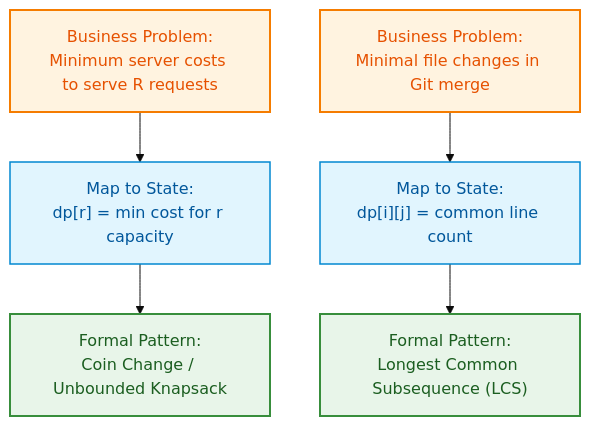
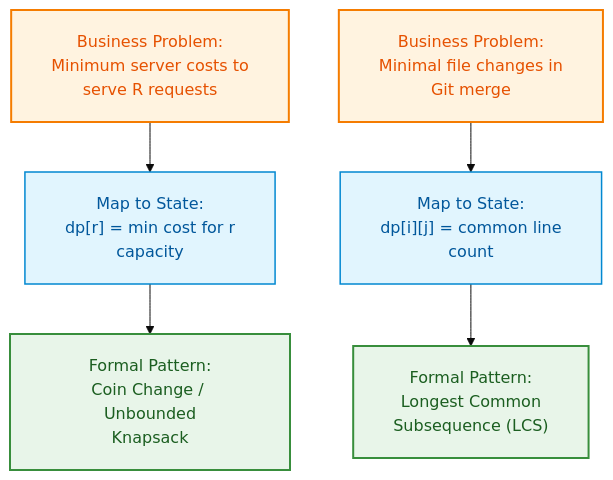
One commit to dip4k/DSA_102 changed the sixth of 6 diagrams in week_10_dynamic_programming_i_fundamentals/Week_10_Visual_Concepts_Playbook_HYBRID.md. Above: the diagram before and after it, drawn with Mermaid (base theme). The commit also changed other lines of this file and 108 other files, not shown here.

First line of the commit message:
fix(mermaid): resolve diagram clipping, padding, and syntax issues across repo

````diff
--- a/week_10_dynamic_programming_i_fundamentals/Week_10_Visual_Concepts_Playbook_HYBRID.md
+++ b/week_10_dynamic_programming_i_fundamentals/Week_10_Visual_Concepts_Playbook_HYBRID.md
@@ -530,9 +535,10 @@
 ```mermaid
+%%{init: {"flowchart": {"htmlLabels": true, "padding": 20}}}%%
 flowchart TD
     classDef real fill:#fff3e0,stroke:#f57c00,color:#e65100,stroke-width:2px;
     classDef arrow fill:#e1f5fe,stroke:#0288d1,color:#01579b,stroke-width:1.5px;
     classDef dppat fill:#e8f5e9,stroke:#388e3c,color:#1b5e20,stroke-width:2px;
 
-    R1["Business Problem:<br/>Minimum server costs to serve R requests"]:::real --> M1["Map to State:<br/>dp[r] = min cost for r capacity"]:::arrow --> P1["Formal Pattern:<br/>Coin Change / Unbounded Knapsack"]:::dppat
-    R2["Business Problem:<br/>Minimal file changes in Git merge"]:::real --> M2["Map to State:<br/>dp[i][j] = common line count"]:::arrow --> P2["Formal Pattern:<br/>Longest Common Subsequence (LCS)"]:::dppat
+    R1["Business Problem:<br/>Minimum server costs to<br/>serve R requests"]:::real --> M1["Map to State:<br/>dp[r] = min cost for r<br/>capacity"]:::arrow --> P1["Formal Pattern:<br/>Coin Change / Unbounded<br/>Knapsack"]:::dppat
+    R2["Business Problem:<br/>Minimal file changes in<br/>Git merge"]:::real --> M2["Map to State:<br/>dp[i][j] = common line<br/>count"]:::arrow --> P2["Formal Pattern:<br/>Longest Common<br/>Subsequence (LCS)"]:::dppat
 ```
````
